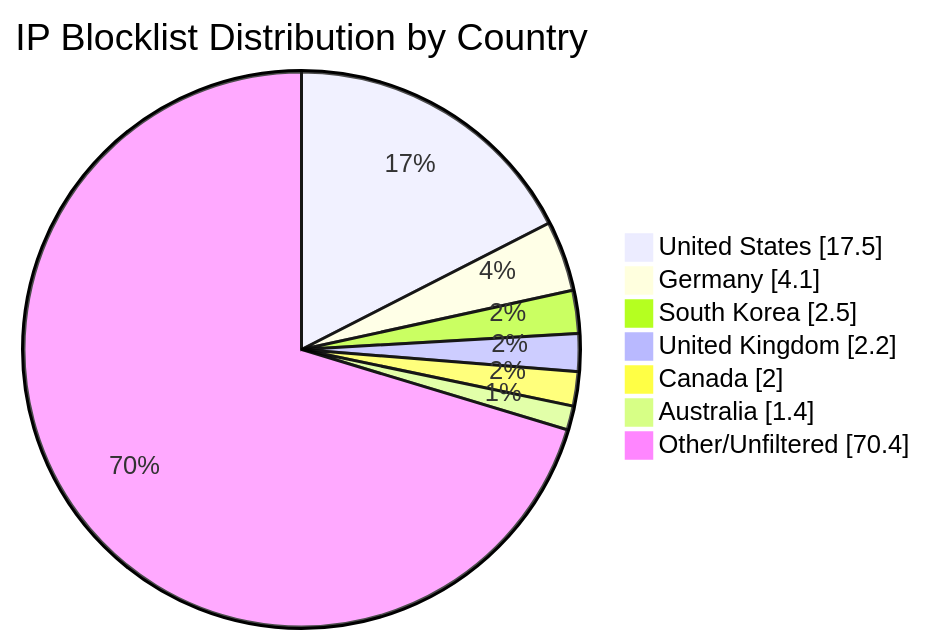
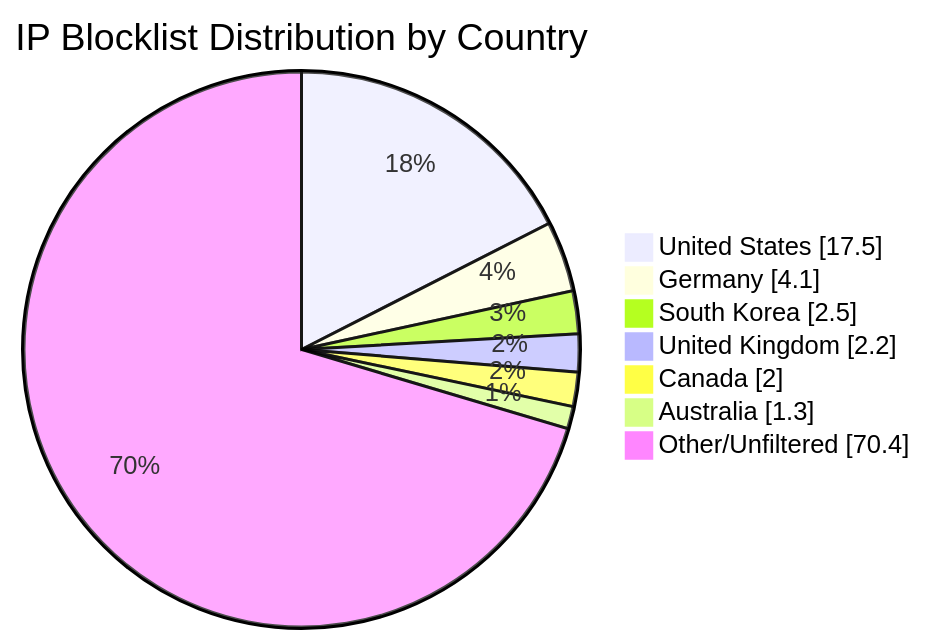
Before and after one commit to MarcusHoltz/ipblocklist-geofiltered-aggregator: the diagram in README.md, drawn with Mermaid. The commit also changed other lines of this file and 9 other files, not shown here.

````diff
--- a/README.md
+++ b/README.md
@@ -34,10 +34,10 @@
 ```mermaid
 pie showData title IP Blocklist Distribution by Country
 "United States" : 17.5
 "Germany" : 4.1
 "South Korea" : 2.5
 "United Kingdom" : 2.2
 "Canada" : 2.0
-"Australia" : 1.4
+"Australia" : 1.3
 "Other/Unfiltered" : 70.4
 ```
````
